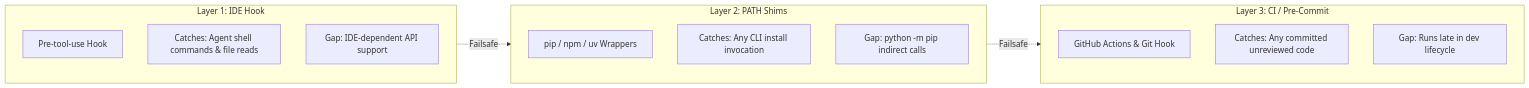
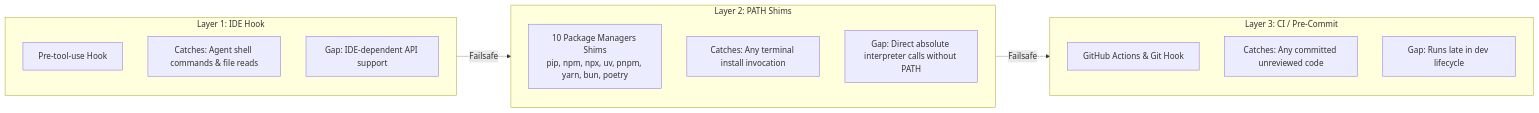
One commit to shouryasingh2311/bouncer-on-board changed the third of 3 diagrams in docs/architecture.md. Above: the diagram before and after it, drawn with Mermaid. The commit also changed other lines of this file and 4 other files, not shown here.

Commit message:
docs: update repository banner, architecture diagram, and verified docs (#52)

````diff
--- a/docs/architecture.md
+++ b/docs/architecture.md
@@ -163,26 +165,26 @@
 ```mermaid
 flowchart LR
   subgraph L1 ["Layer 1: IDE Hook"]
     direction TB
     H1["Pre-tool-use Hook"]
     C1["Catches: Agent shell commands & file reads"]
     G1["Gap: IDE-dependent API support"]
   end
 
   subgraph L2 ["Layer 2: PATH Shims"]
     direction TB
-    H2["pip / npm / uv Wrappers"]
-    C2["Catches: Any CLI install invocation"]
-    G2["Gap: python -m pip indirect calls"]
+    H2["10 Package Managers Shims<br/>pip, npm, npx, uv, pnpm, yarn, bun, poetry"]
+    C2["Catches: Any terminal install invocation"]
+    G2["Gap: Direct absolute interpreter calls without PATH"]
   end
 
   subgraph L3 ["Layer 3: CI / Pre-Commit"]
     direction TB
     H3["GitHub Actions & Git Hook"]
     C3["Catches: Any committed unreviewed code"]
     G3["Gap: Runs late in dev lifecycle"]
   end
 
   L1 -.->|Failsafe| L2
   L2 -.->|Failsafe| L3
 ```
````
